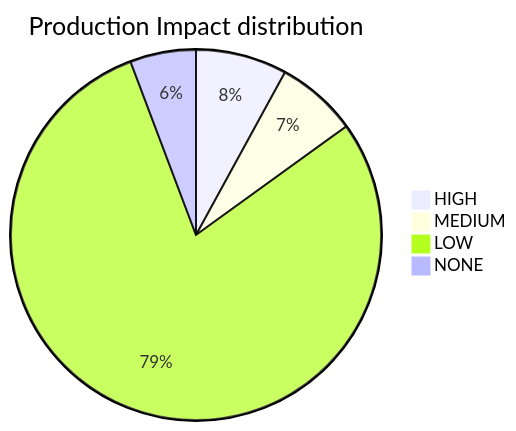
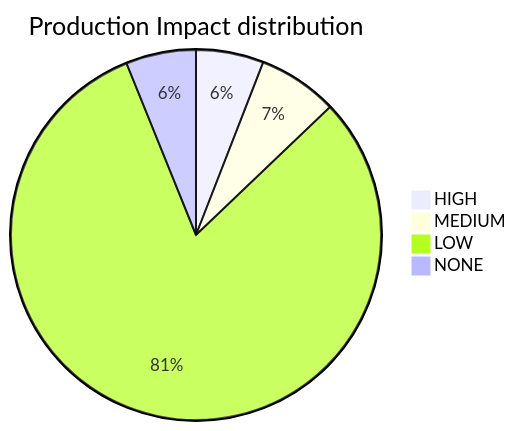
One commit to mikeybeezy/goldenpath-idp-infra changed the diagram in docs/10-governance/reports/HEALTH_AUDIT_LOG.md. Above: the diagram before and after it, drawn with Mermaid. The commit also changed other lines of this file and 370 other files, not shown here.

````diff
--- a/docs/10-governance/reports/HEALTH_AUDIT_LOG.md
+++ b/docs/10-governance/reports/HEALTH_AUDIT_LOG.md
@@ -86,7 +93,7 @@
 ```mermaid
 pie title Production Impact distribution
-    "HIGH" : 36
-    "MEDIUM" : 32
-    "LOW" : 358
-    "NONE" : 26
+    "HIGH" : 28
+    "MEDIUM" : 33
+    "LOW" : 384
+    "NONE" : 29
 ```
````
